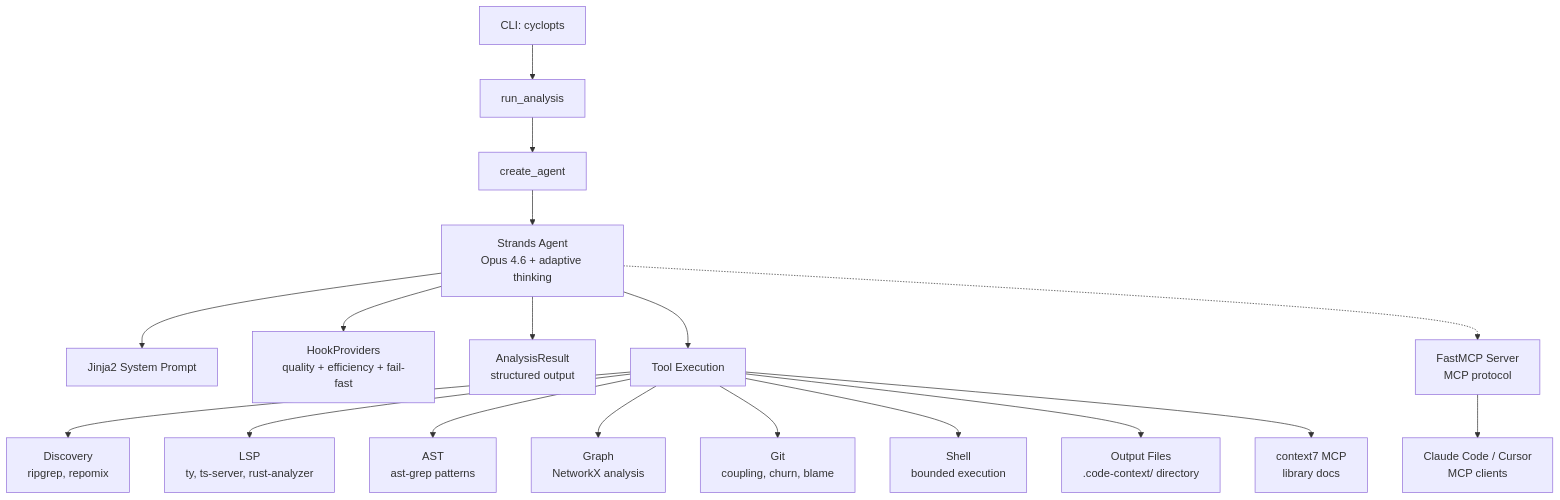
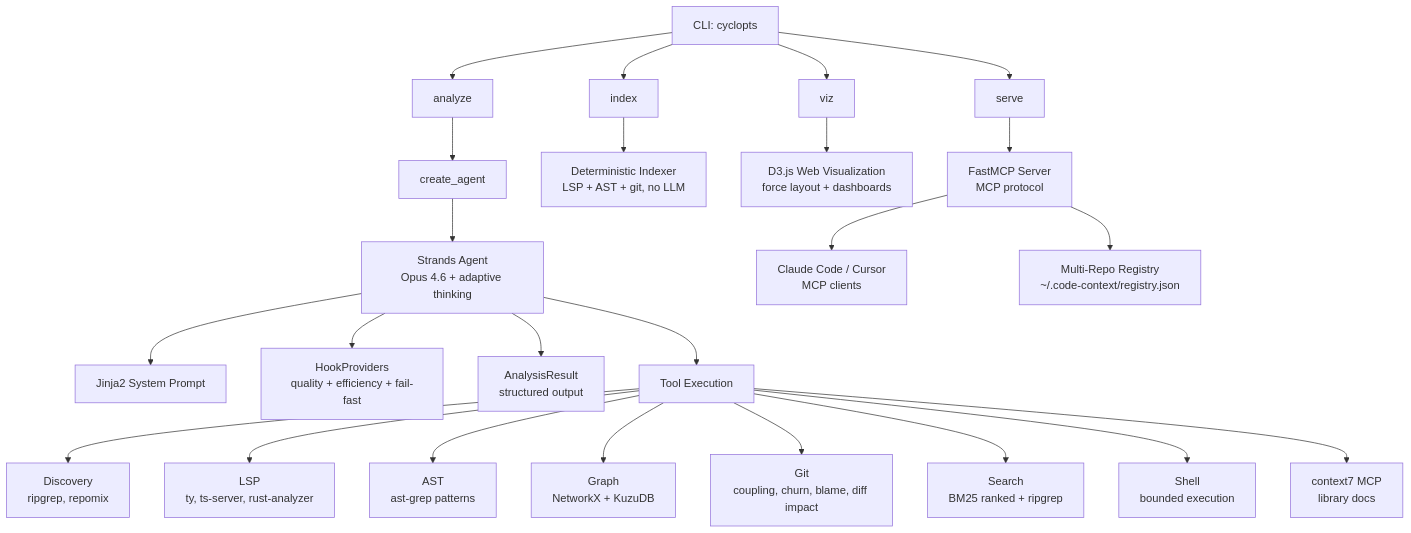
Before and after one commit to theagenticguy/code-context-agent: the diagram in README.md, drawn with Mermaid. The commit also changed other lines of this file and 22 other files, not shown here.

````diff
--- a/README.md
+++ b/README.md
@@ -73,20 +81,26 @@
 ```mermaid
 flowchart TD
-    A[CLI: cyclopts] --> B[run_analysis]
-    B --> C[create_agent]
+    A[CLI: cyclopts] --> B1[analyze]
+    A --> B2[index]
+    A --> B3[viz]
+    A --> B4[serve]
+    B1 --> C[create_agent]
+    B2 --> IX[Deterministic Indexer<br/>LSP + AST + git, no LLM]
+    B3 --> VZ[D3.js Web Visualization<br/>force layout + dashboards]
     C --> D[Strands Agent<br/>Opus 4.6 + adaptive thinking]
     D --> E[Jinja2 System Prompt]
     D --> F[HookProviders<br/>quality + efficiency + fail-fast]
     D --> G[AnalysisResult<br/>structured output]
     D --> H[Tool Execution]
     H --> I[Discovery<br/>ripgrep, repomix]
     H --> J[LSP<br/>ty, ts-server, rust-analyzer]
     H --> K[AST<br/>ast-grep patterns]
-    H --> L[Graph<br/>NetworkX analysis]
-    H --> M[Git<br/>coupling, churn, blame]
-    H --> N[Shell<br/>bounded execution]
-    H --> O[Output Files<br/>.code-context/ directory]
+    H --> L[Graph<br/>NetworkX + KuzuDB]
+    H --> M[Git<br/>coupling, churn, blame, diff impact]
+    H --> N[Search<br/>BM25 ranked + ripgrep]
+    H --> O[Shell<br/>bounded execution]
     H --> P[context7 MCP<br/>library docs]
-    D -.-> Q[FastMCP Server<br/>MCP protocol]
+    B4 --> Q[FastMCP Server<br/>MCP protocol]
     Q --> R[Claude Code / Cursor<br/>MCP clients]
+    Q --> REG[Multi-Repo Registry<br/>~/.code-context/registry.json]
 ```
````
